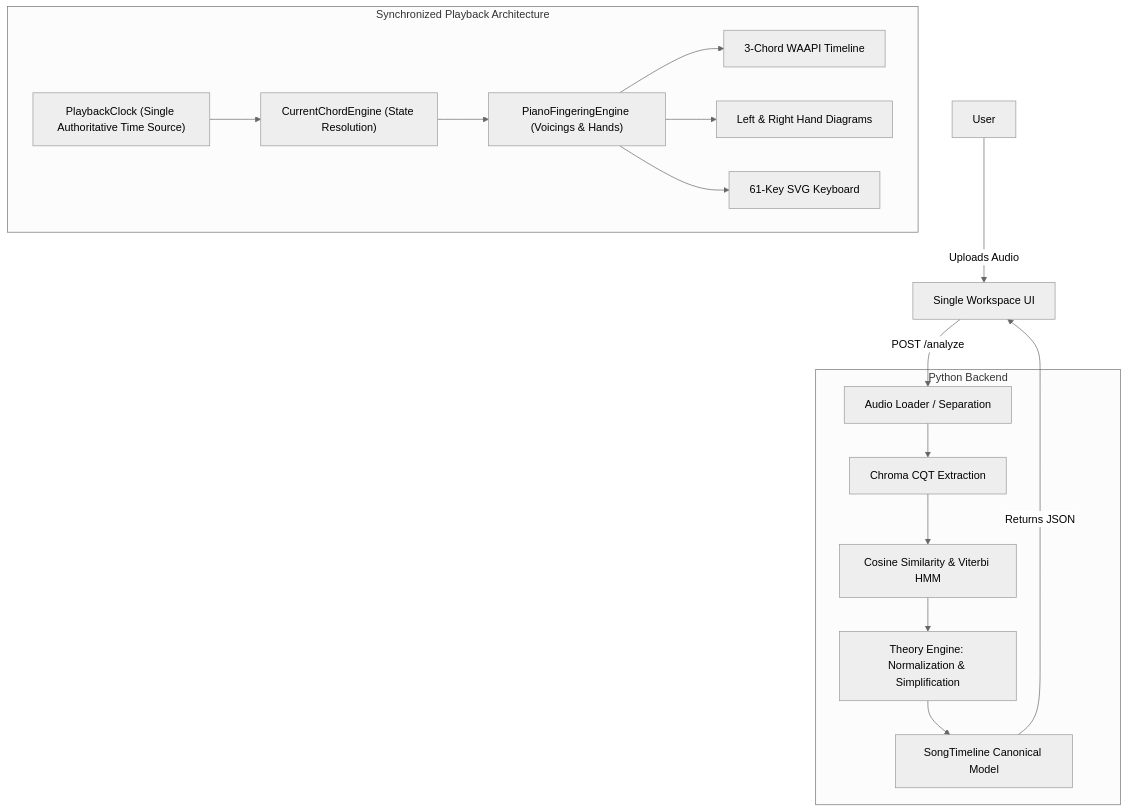
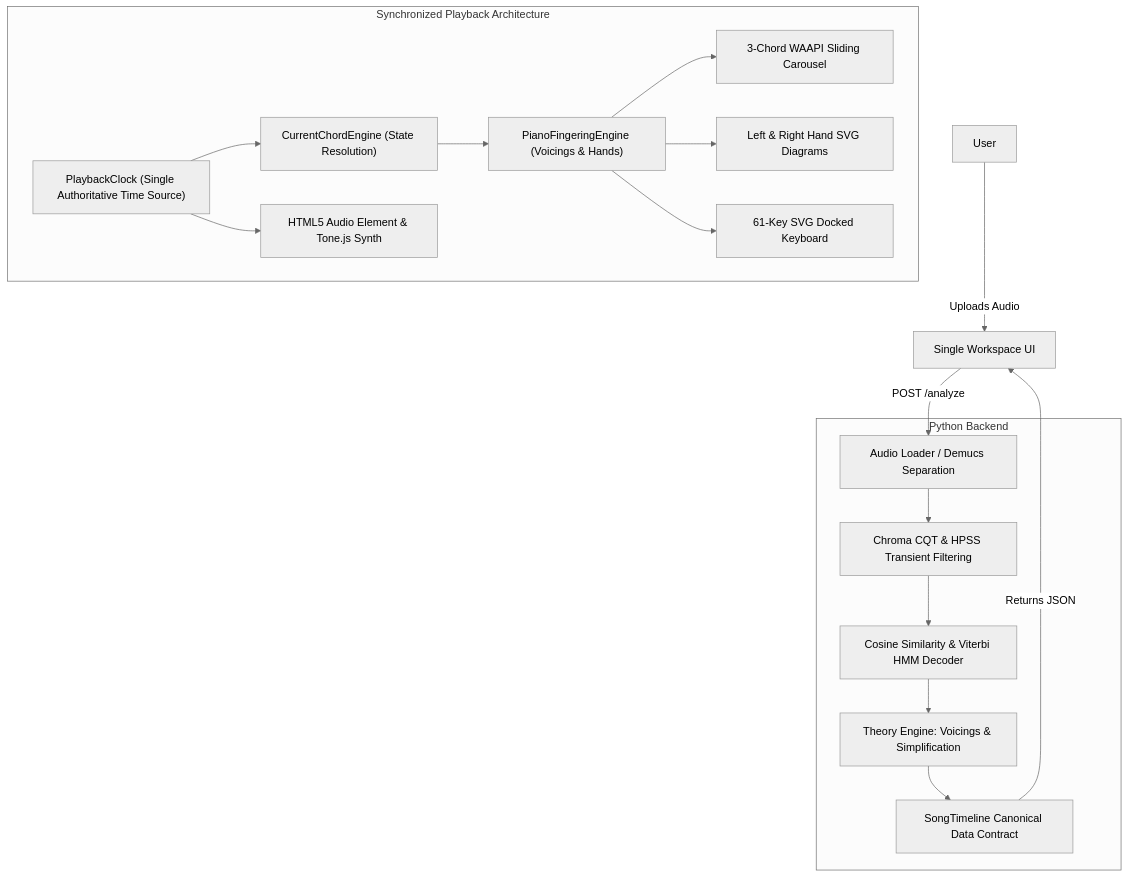
The diagram in README.md (itshotfix/HotChords), drawn with Mermaid (neutral theme) before and after one commit. The commit also changed other lines of this file and 21 other files, not shown here.

````diff
--- a/README.md
+++ b/README.md
@@ -56,23 +91,24 @@
 ```mermaid
 graph TD
     User --> |Uploads Audio| Web_UI["Single Workspace UI"]
     Web_UI --> |POST /analyze| Audio_Processing
     
     subgraph Backend ["Python Backend"]
-        Audio_Processing["Audio Loader / Separation"] --> Harmonic_Rep["Chroma CQT Extraction"]
-        Harmonic_Rep --> Chord_Detection["Cosine Similarity & Viterbi HMM"]
-        Chord_Detection --> Theory_Engine["Theory Engine: Normalization & Simplification"]
-        Theory_Engine --> SongTimeline_Model["SongTimeline Canonical Model"]
+        Audio_Processing["Audio Loader / Demucs Separation"] --> Harmonic_Rep["Chroma CQT & HPSS Transient Filtering"]
+        Harmonic_Rep --> Chord_Detection["Cosine Similarity & Viterbi HMM Decoder"]
+        Chord_Detection --> Theory_Engine["Theory Engine: Voicings & Simplification"]
+        Theory_Engine --> SongTimeline_Model["SongTimeline Canonical Data Contract"]
     end
     
     SongTimeline_Model --> |Returns JSON| Web_UI
     
     subgraph Frontend ["Synchronized Playback Architecture"]
         PlaybackClock["PlaybackClock (Single Authoritative Time Source)"]
         PlaybackClock --> CurrentChordEngine["CurrentChordEngine (State Resolution)"]
         CurrentChordEngine --> PianoFingeringEngine["PianoFingeringEngine (Voicings & Hands)"]
-        PianoFingeringEngine --> WorkspaceChordTimeline["3-Chord WAAPI Timeline"]
-        PianoFingeringEngine --> WorkspaceHandController["Left & Right Hand Diagrams"]
-        PianoFingeringEngine --> PianoKeyboard["61-Key SVG Keyboard"]
+        PianoFingeringEngine --> WorkspaceChordTimeline["3-Chord WAAPI Sliding Carousel"]
+        PianoFingeringEngine --> WorkspaceHandController["Left & Right Hand SVG Diagrams"]
+        PianoFingeringEngine --> PianoKeyboard["61-Key SVG Docked Keyboard"]
+        PlaybackClock --> SongAudioController["HTML5 Audio Element & Tone.js Synth"]
     end
 ```
````
